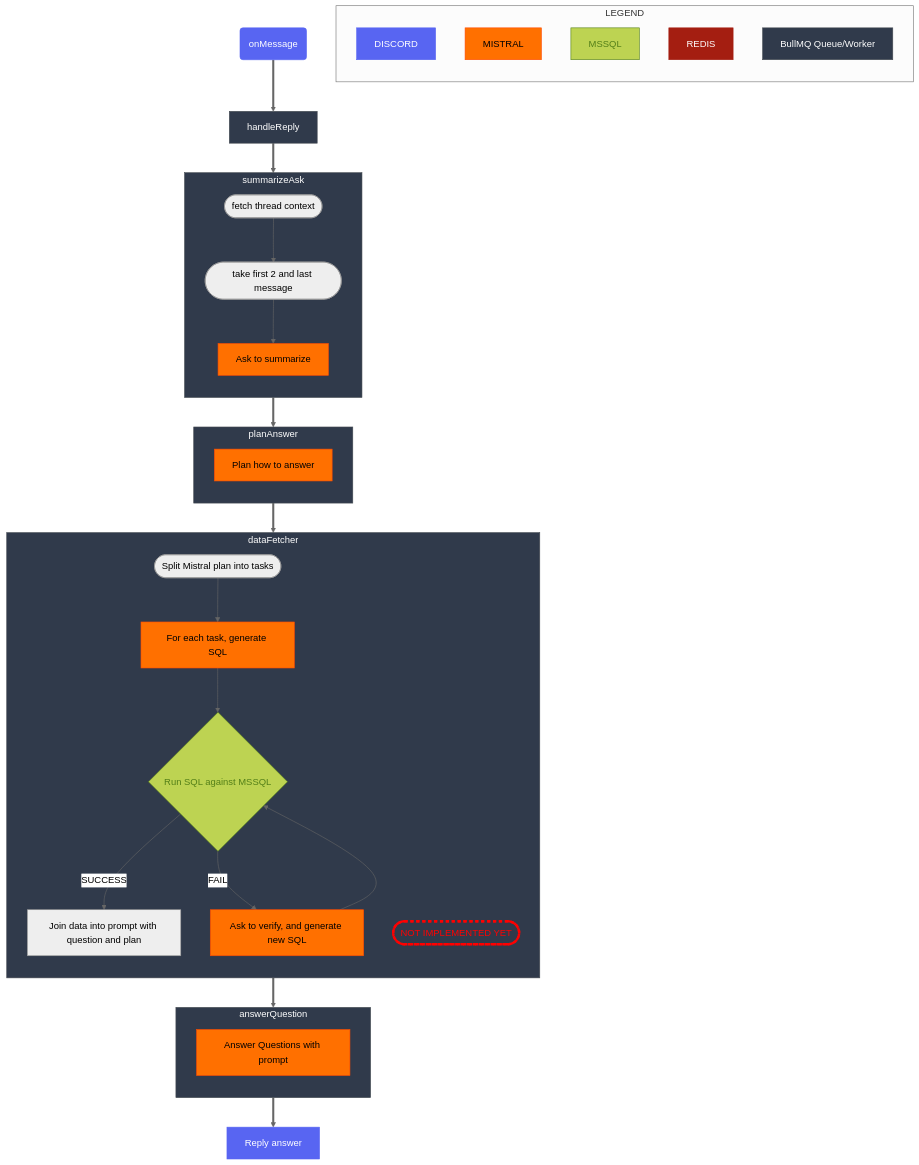
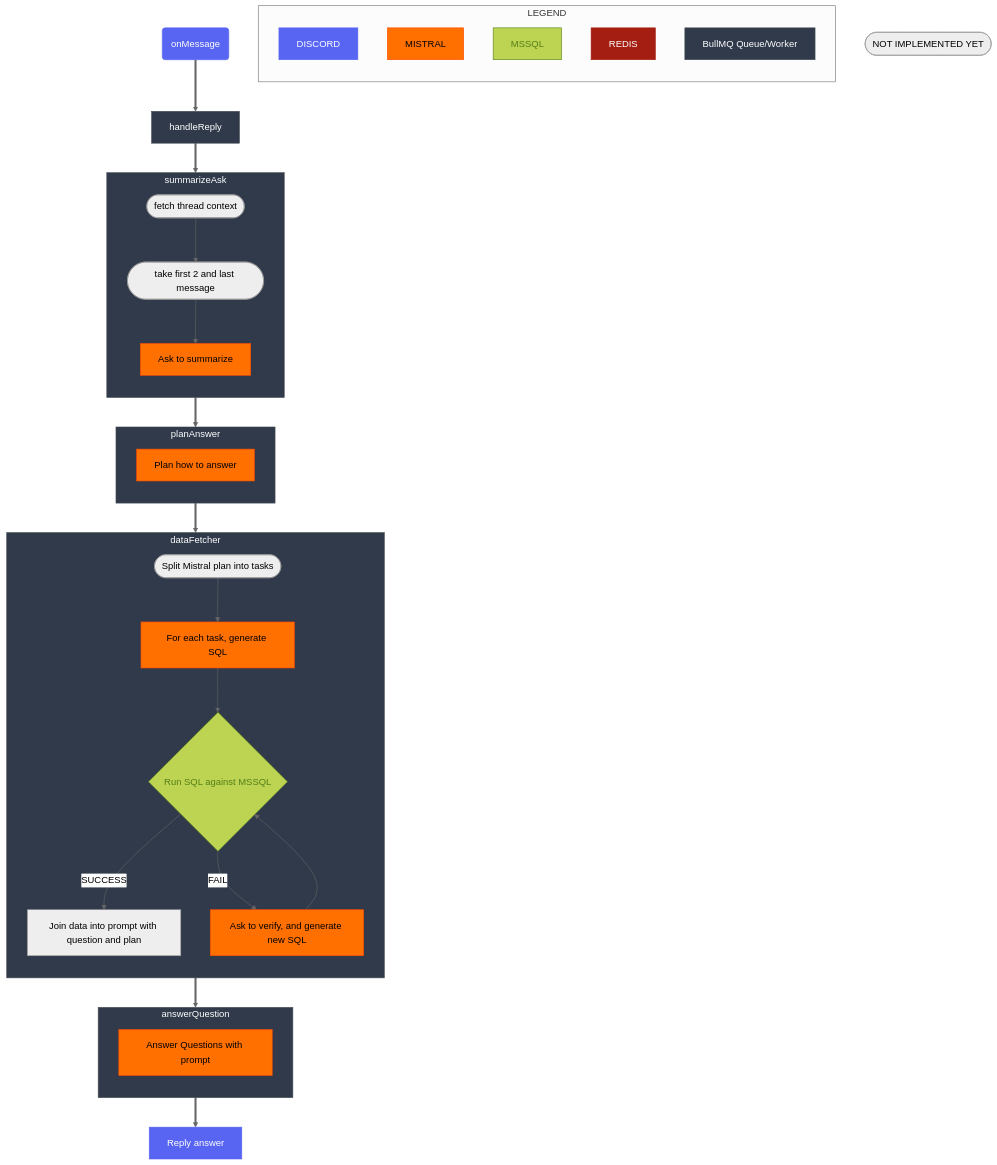
Before and after one commit to nvaa-se/ai-colleague: the third of 3 diagrams in README.md, drawn with Mermaid (neutral theme). The commit also changed 22 other files, not shown here.

```diff
--- a/README.md
+++ b/README.md
@@ -140,7 +140,6 @@
     end
     subgraph dataFetcher
         direction TB
-        NA
         D1 --> D2 --> D3 --SUCCESS--> D5
         D3 --FAIL--> D4 --> D3
     end
@@ -167,7 +166,7 @@
     style LR color:#FFFFFF, stroke:#A41e11, fill:#A41e11
 
     %% Not implemented Style
-    style NA color:#FF0000, fill:#303a4b, stroke:#FF0000, stroke-width:4px, stroke-dasharray: 5, 5
+    %% style NA color:#FF0000, fill:#303a4b, stroke:#FF0000, stroke-width:4px, stroke-dasharray: 5, 5
 
     %% Mistral Style
     style LM color:#000000, stroke:#ff4900, fill:#ff7000
```
